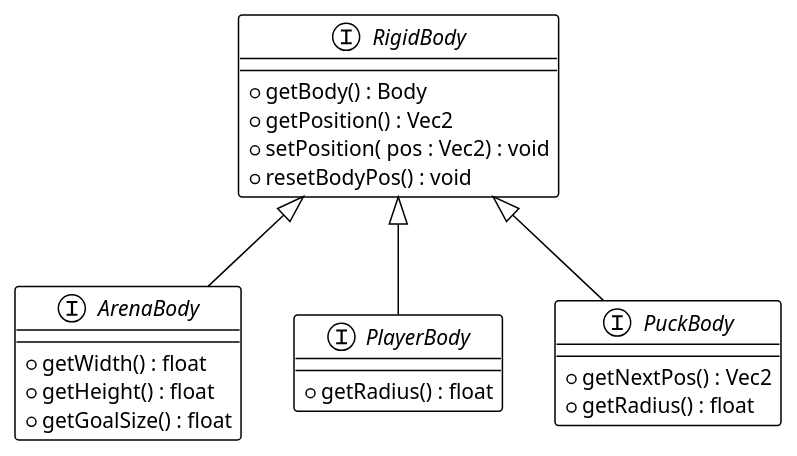
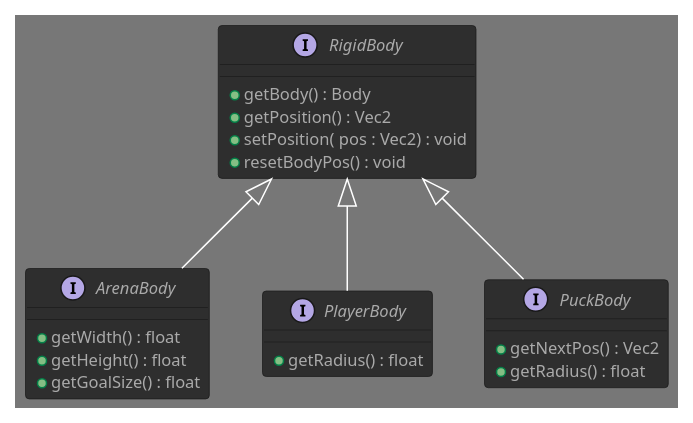
Before and after one commit to Borgotto/OOP21-air-hockey: the second of 6 diagrams in UML/PlantUML-code/PhysicsUML.plantuml, drawn with PlantUML. The commit also changed other lines of this file and 1 other file, not shown here.

Commit message:
Apply theme and UML update

```diff
--- a/UML/PlantUML-code/PhysicsUML.plantuml
+++ b/UML/PlantUML-code/PhysicsUML.plantuml
@@ -25,30 +25,30 @@
 @startuml RigidBody-interface-tree
-!theme plain
+!theme reddress-darkgreen
 
 interface RigidBody{
     + getBody() : Body
     + getPosition() : Vec2
     + setPosition( pos : Vec2) : void
     + resetBodyPos() : void
 }
 
 interface ArenaBody{
     + getWidth() : float
     + getHeight() : float
     + getGoalSize() : float
 }
 
 interface PlayerBody{
     + getRadius() : float
 }
 
 interface PuckBody{
     + getNextPos() : Vec2
     + getRadius() : float
 }
 
 interface ArenaBody extends RigidBody
 interface PlayerBody extends RigidBody
 interface PuckBody extends RigidBody
 
 @enduml
```
